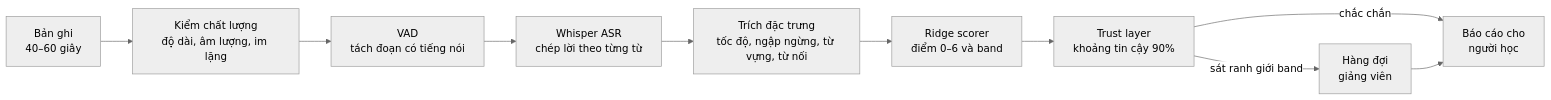
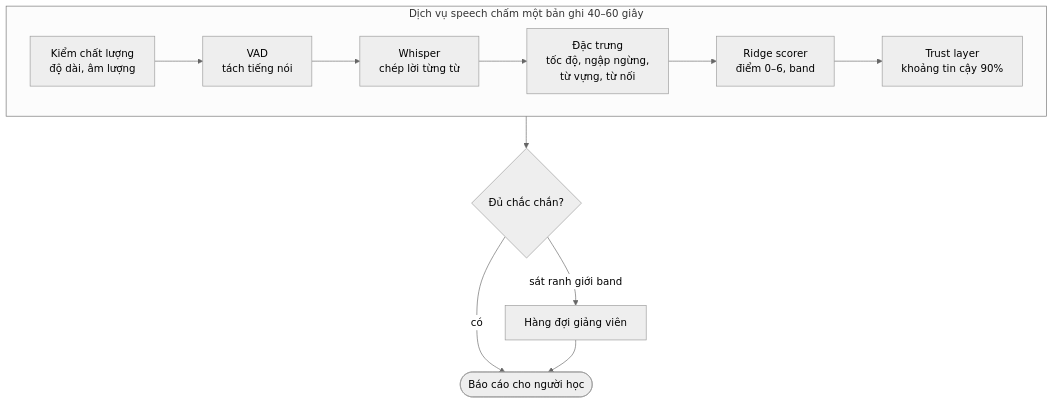
The first of 3 diagrams in README.md (ThanhSangLouis/ai-assessor-cefr), drawn with Mermaid (neutral theme) before and after one commit. The commit also changed other lines of this file, not shown here.

Commit message:
docs: sắp lại hai sơ đồ Mermaid trong README cho gọn

````diff
--- a/README.md
+++ b/README.md
@@ -108,12 +108,10 @@
 ```mermaid
-flowchart LR
-    A["Bản ghi<br/>40–60 giây"] --> B["Kiểm chất lượng<br/>độ dài, âm lượng, im lặng"]
-    B --> C["VAD<br/>tách đoạn có tiếng nói"]
-    C --> D["Whisper ASR<br/>chép lời theo từng từ"]
-    D --> E["Trích đặc trưng<br/>tốc độ, ngập ngừng, từ vựng, từ nối"]
-    E --> F["Ridge scorer<br/>điểm 0–6 và band"]
-    F --> G["Trust layer<br/>khoảng tin cậy 90%"]
-    G -->|chắc chắn| H["Báo cáo cho<br/>người học"]
-    G -->|sát ranh giới band| I["Hàng đợi<br/>giảng viên"]
-    I --> H
+flowchart TB
+    subgraph SP ["Dịch vụ speech chấm một bản ghi 40–60 giây"]
+        direction LR
+        A["Kiểm chất lượng<br/>độ dài, âm lượng"] --> B["VAD<br/>tách tiếng nói"] --> C["Whisper<br/>chép lời từng từ"] --> D["Đặc trưng<br/>tốc độ, ngập ngừng,<br/>từ vựng, từ nối"] --> E["Ridge scorer<br/>điểm 0–6, band"] --> F["Trust layer<br/>khoảng tin cậy 90%"]
+    end
+    SP --> G{"Đủ chắc chắn?"}
+    G -->|có| H(["Báo cáo cho người học"])
+    G -->|sát ranh giới band| I["Hàng đợi giảng viên"] --> H
 ```
````
